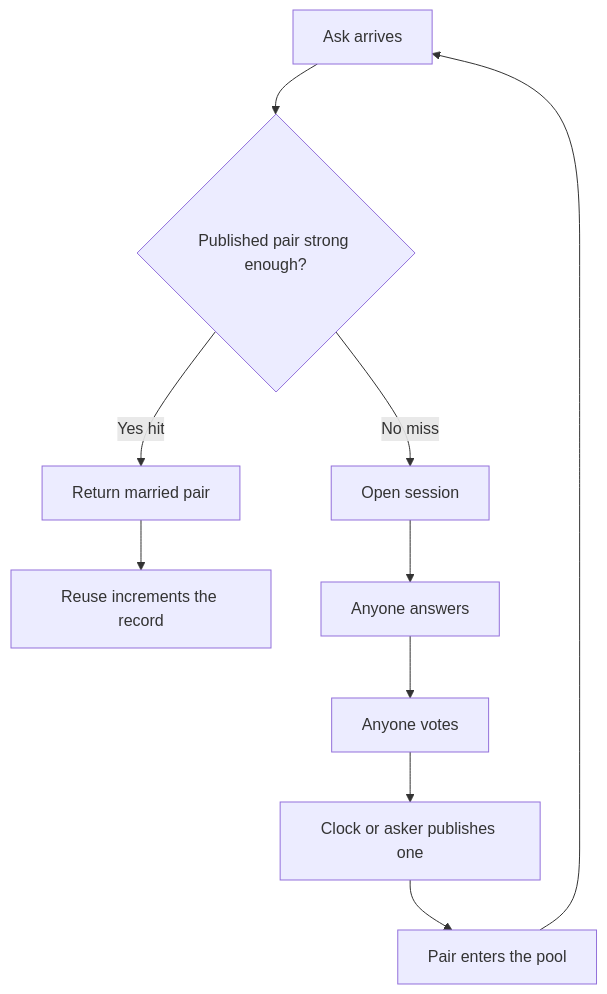
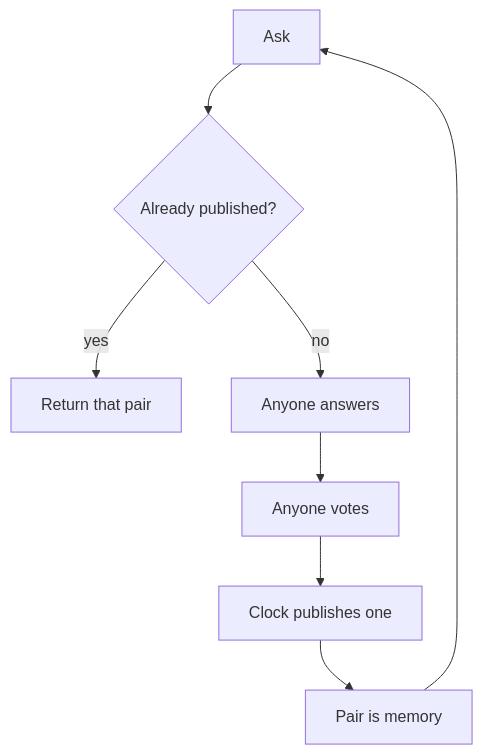
One commit to Thingscorp/pgeon-llm changed the diagram in WHITEPAPER.md. Above: the diagram before and after it, drawn with Mermaid. The commit also changed other lines of this file, not shown here.

Commit message:
Rewrite the white paper to the five-beat loop; park the rest as open questions

````diff
--- a/WHITEPAPER.md
+++ b/WHITEPAPER.md
@@ -122,12 +17,10 @@
 ```mermaid
 flowchart TD
-  A[Ask arrives] --> B{Published pair strong enough?}
-  B -->|Yes hit| C[Return married pair]
-  C --> D[Reuse increments the record]
-  B -->|No miss| E[Open session]
-  E --> F[Anyone answers]
-  F --> G[Anyone votes]
-  G --> H[Clock or asker publishes one]
-  H --> I[Pair enters the pool]
-  I --> A
+  A[Ask] --> B{Already published?}
+  B -->|yes| C[Return that pair]
+  B -->|no| D[Anyone answers]
+  D --> E[Anyone votes]
+  E --> F[Clock publishes one]
+  F --> G[Pair is memory]
+  G --> A
 ```
````
